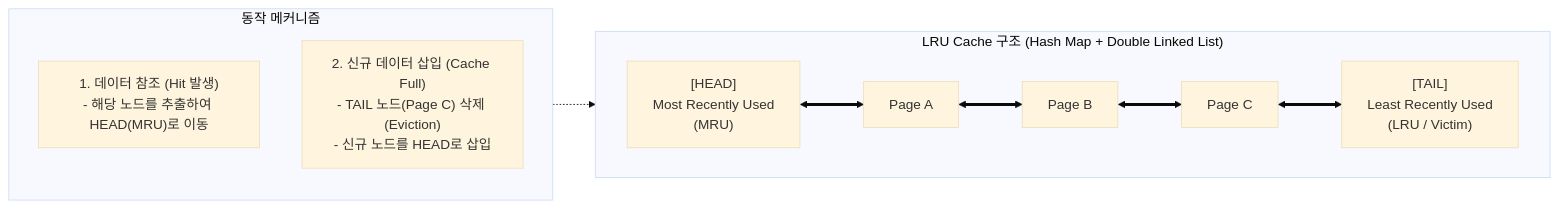
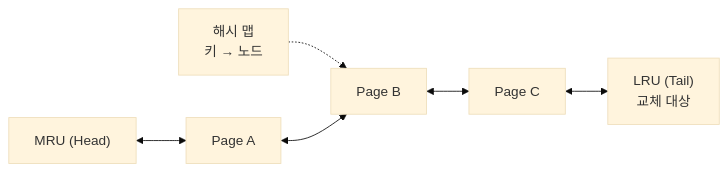
Before and after one commit to supremethumb/supremethumb.github.io: the diagram in content/01_IT Tech/LRU.md, drawn with Mermaid (base theme). The commit also changed other lines of this file and 1087 other files, not shown here.

````diff
--- a/content/01_IT Tech/LRU.md
+++ b/content/01_IT Tech/LRU.md
@@ -31,22 +35,5 @@
 ```mermaid
 flowchart LR
-    subgraph Doubly_Linked_List ["LRU Cache 구조 (Hash Map + Double Linked List)"]
-        direction LR
-        Head["[HEAD]<br/>Most Recently Used<br/>(MRU)"]
-        N1["Page A"]
-        N2["Page B"]
-        N3["Page C"]
-        Tail["[TAIL]<br/>Least Recently Used<br/>(LRU / Victim)"]
-        
-        Head <==> N1 <==> N2 <==> N3 <==> Tail
-    end
-
-    subgraph Operation ["동작 메커니즘"]
-        direction TB
-        Hit["1. 데이터 참조 (Hit 발생)<br/>- 해당 노드를 추출하여 HEAD(MRU)로 이동"]
-        Miss["2. 신규 데이터 삽입 (Cache Full)<br/>- TAIL 노드(Page C) 삭제 (Eviction)<br/>- 신규 노드를 HEAD로 삽입"]
-    end
-
-    Operation -.-> Doubly_Linked_List
-
+    H["해시 맵<br/>키 → 노드"] -.-> N2
+    MRU["MRU (Head)"] <--> N1["Page A"] <--> N2["Page B"] <--> N3["Page C"] <--> LRU["LRU (Tail)<br/>교체 대상"]
 ```
````
